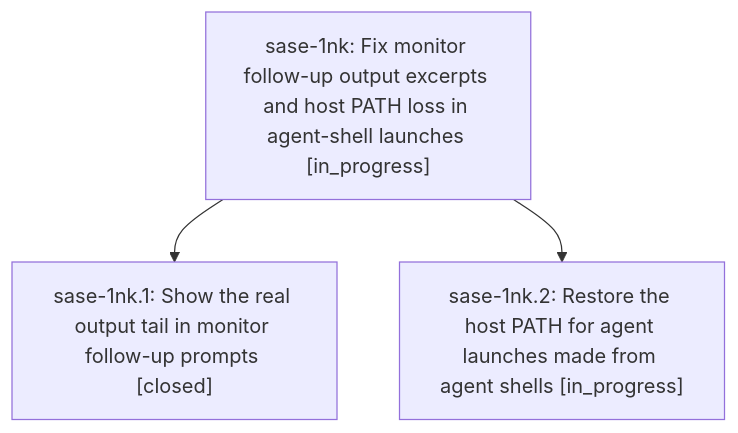
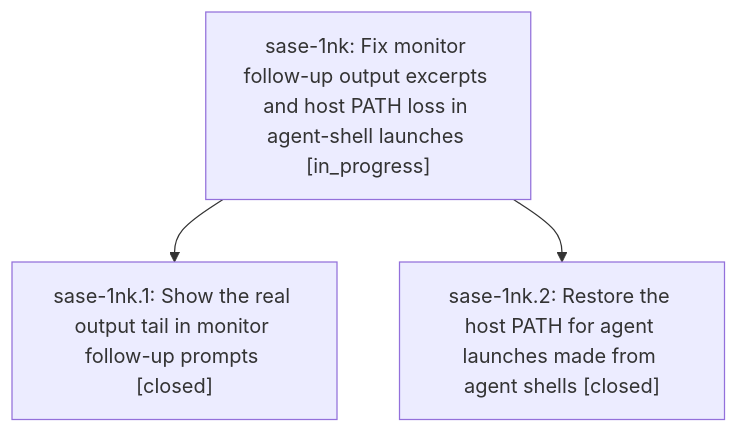
The diagram in pages/sase-1nk/README.md (sase-org/sase--beads), drawn with Mermaid before and after one commit. The commit also changed other lines of this file and 2 other files, not shown here.

First line of the commit message:
chore(beads): sync bead state and pages for sase-1nk

````diff
--- a/pages/sase-1nk/README.md
+++ b/pages/sase-1nk/README.md
@@ -23,8 +23,8 @@
 ```mermaid
 flowchart TD
     n0["sase-1nk: Fix monitor follow-up output excerpts and host PATH loss in agent-shell launches [in_progress]"]
     n1["sase-1nk.1: Show the real output tail in monitor follow-up prompts [closed]"]
-    n2["sase-1nk.2: Restore the host PATH for agent launches made from agent shells [in_progress]"]
+    n2["sase-1nk.2: Restore the host PATH for agent launches made from agent shells [closed]"]
     n0 --> n1
     n0 --> n2
 ```
````
